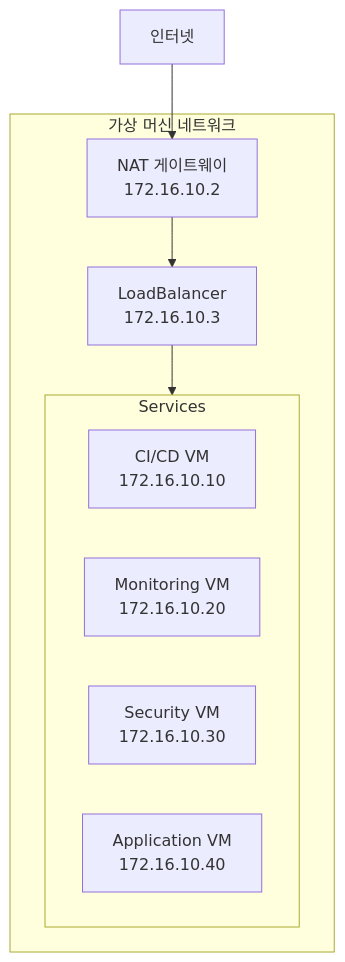
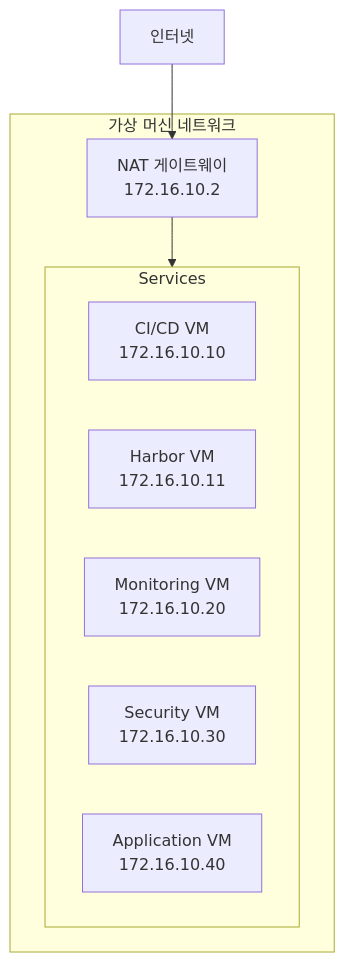
The first of 2 diagrams in 시스텝 구성도.md (cnf-kunkin/docker-compose), drawn with Mermaid before and after one commit. The commit also changed other lines of this file and 43 other files, not shown here.

````diff
--- a/시스텝 구성도.md
+++ b/시스텝 구성도.md
@@ -40,16 +27,16 @@
 ```mermaid
 graph TB
     Internet["인터넷"] --> Gateway["NAT 게이트웨이<br>172.16.10.2"]
     
     subgraph VMs["가상 머신 네트워크"]
-        Gateway --> Load["LoadBalancer<br>172.16.10.3"]
-        Load --> Services["서비스 VM들"]
+        Gateway --> Services["서비스 VM들"]
         
         subgraph Services
             CICD["CI/CD VM<br>172.16.10.10"]
+            HARBOR["Harbor VM<br>172.16.10.11"]
             MON["Monitoring VM<br>172.16.10.20"]
             SEC["Security VM<br>172.16.10.30"]
             APP["Application VM<br>172.16.10.40"]
         end
     end
 ```
````
